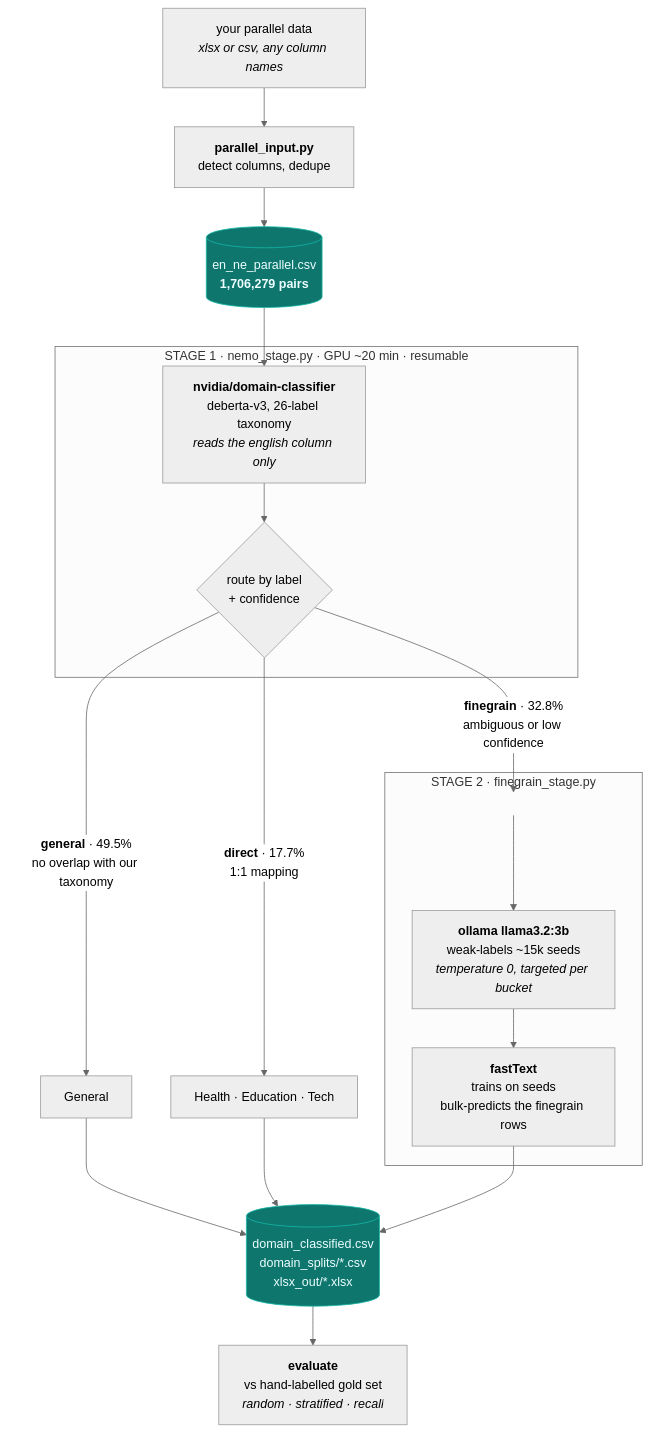
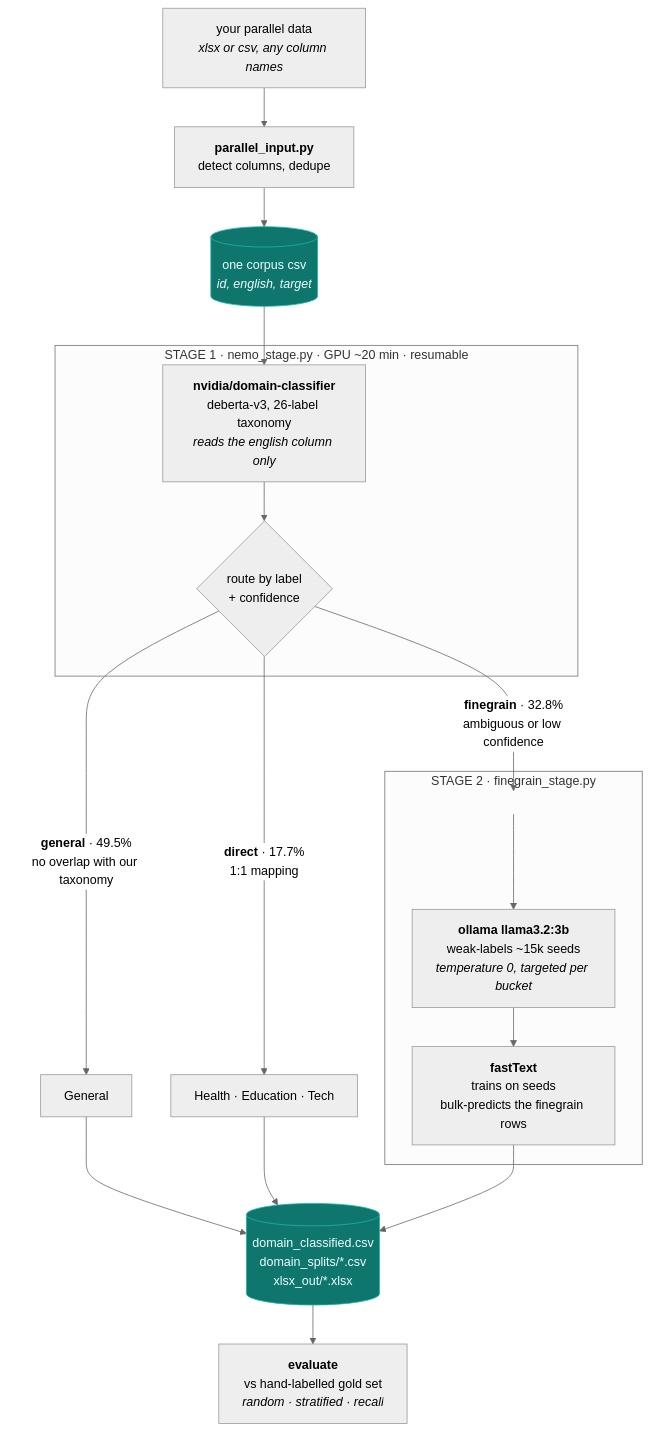
One commit to singhmanyu/Domain-Stratified-NMT-Corpus-Builder changed the diagram in README.md. Above: the diagram before and after it, drawn with Mermaid (neutral theme). The commit also changed other lines of this file and 8 other files, not shown here.

````diff
--- a/README.md
+++ b/README.md
@@ -99,39 +101,39 @@
 ```mermaid
 flowchart TD
     RAW["your parallel data<br/><i>xlsx or csv, any column names</i>"]
     MERGE["<b>parallel_input.py</b><br/>detect columns, dedupe"]
-    CORPUS[("en_ne_parallel.csv<br/><b>1,706,279 pairs</b>")]
+    CORPUS[("one corpus csv<br/><i>id, english, target</i>")]
 
     RAW --> MERGE --> CORPUS
 
     CORPUS --> S1
 
     subgraph STAGE1["STAGE 1 · nemo_stage.py · GPU ~20 min · resumable"]
         S1["<b>nvidia/domain-classifier</b><br/>deberta-v3, 26-label taxonomy<br/><i>reads the english column only</i>"]
         ROUTE{"route by label<br/>+ confidence"}
         S1 --> ROUTE
     end
 
     ROUTE -->|"<b>general</b> · 49.5%<br/>no overlap with our taxonomy"| GEN["General"]
     ROUTE -->|"<b>direct</b> · 17.7%<br/>1:1 mapping"| DIR["Health · Education · Tech"]
     ROUTE -->|"<b>finegrain</b> · 32.8%<br/>ambiguous or low confidence"| S2
 
     subgraph STAGE2["STAGE 2 · finegrain_stage.py"]
         SEED["<b>ollama llama3.2:3b</b><br/>weak-labels ~15k seeds<br/><i>temperature 0, targeted per bucket</i>"]
         FT["<b>fastText</b><br/>trains on seeds<br/>bulk-predicts the finegrain rows"]
         S2[" "]:::hidden
         S2 --> SEED --> FT
     end
 
     GEN --> OUT
     DIR --> OUT
     FT --> OUT
 
     OUT[("domain_classified.csv<br/>domain_splits/*.csv<br/>xlsx_out/*.xlsx")]
     OUT --> EVAL["<b>evaluate</b><br/>vs hand-labelled gold set<br/><i>random · stratified · recall</i>"]
 
     classDef hidden fill:none,stroke:none
     classDef stage fill:#1f2937,stroke:#4b5563,color:#e5e7eb
     classDef data fill:#0f766e,stroke:#14b8a6,color:#ecfeff
     class CORPUS,OUT data
 ```
````
